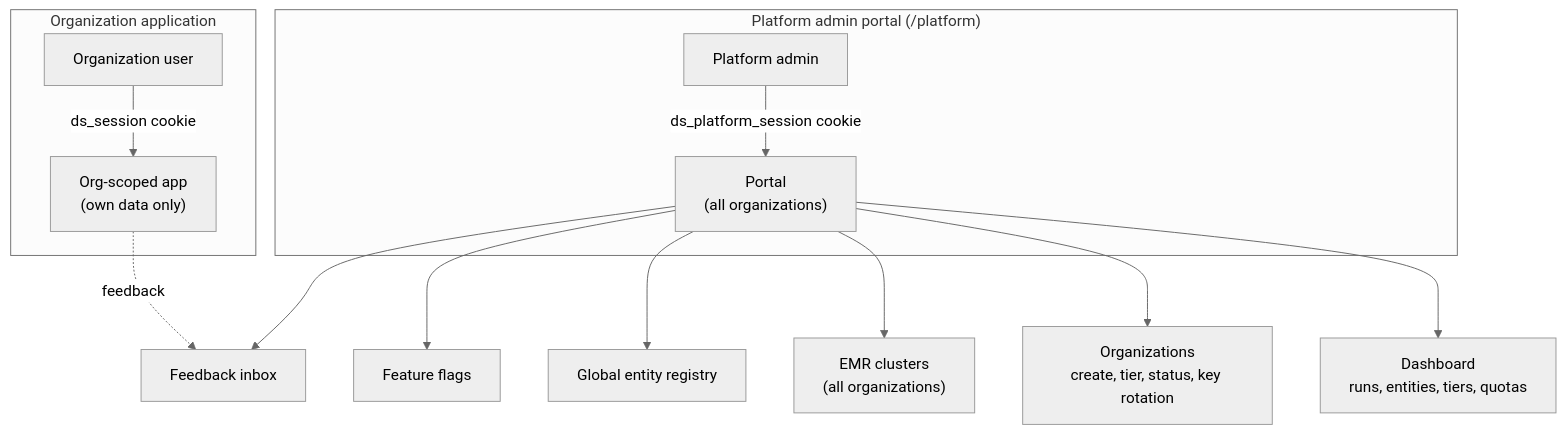
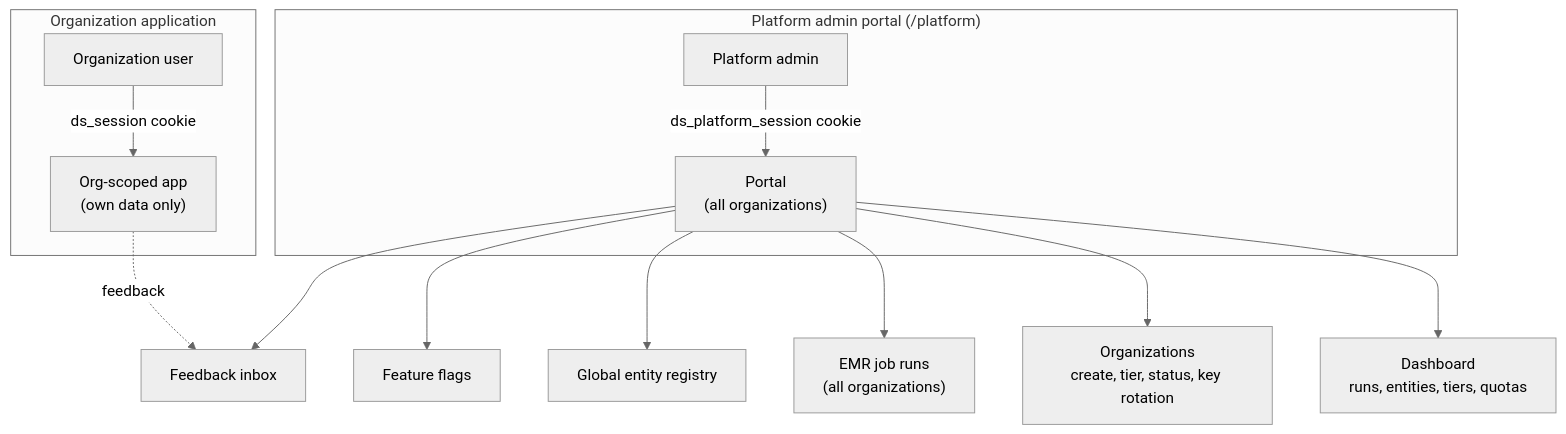
Before and after one commit to DataShield-sp18/data-shield-docs: the first of 3 diagrams in docs/features/platform-admin-portal.md, drawn with Mermaid (neutral theme). The commit also changed other lines of this file and 2 other files, not shown here.

````diff
--- a/docs/features/platform-admin-portal.md
+++ b/docs/features/platform-admin-portal.md
@@ -5,16 +5,16 @@
 ```mermaid
 flowchart TD
     subgraph Org["Organization application"]
         OrgUser["Organization user"] -->|"ds_session cookie"| OrgApp["Org-scoped app<br/>(own data only)"]
     end
     subgraph Platform["Platform admin portal (/platform)"]
         Admin["Platform admin"] -->|"ds_platform_session cookie"| Portal["Portal<br/>(all organizations)"]
     end
     Portal --> Dash["Dashboard<br/>runs, entities, tiers, quotas"]
     Portal --> Orgs["Organizations<br/>create, tier, status, key rotation"]
-    Portal --> EMR["EMR clusters<br/>(all organizations)"]
+    Portal --> EMR["EMR job runs<br/>(all organizations)"]
     Portal --> Ent["Global entity registry"]
     Portal --> Flags["Feature flags"]
     Portal --> FB["Feedback inbox"]
     OrgApp -.->|"feedback"| FB
 ```
````
